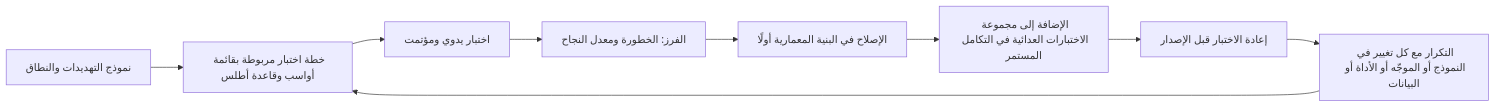
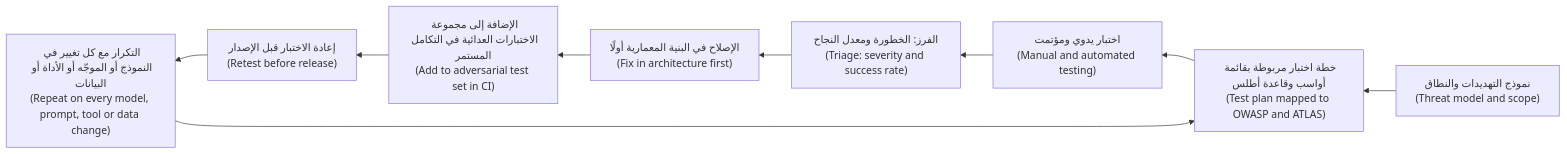
The fourth of 4 diagrams in secai/modules/09-ai-defence.ar.md (Tamoura/system-design-for-vibe-coders), drawn with Mermaid before and after one commit. The commit also changed other lines of this file and 11 other files, not shown here.

First line of the commit message:
Security course: Arabic modules 10–11 reviewed; RTL diagrams with English labels for modules 0–11

````diff
--- a/secai/modules/09-ai-defence.ar.md
+++ b/secai/modules/09-ai-defence.ar.md
@@ -791,11 +791,11 @@
 ```mermaid
-flowchart LR
-    A["نموذج التهديدات والنطاق"] --> B["خطة اختبار مربوطة بقائمة أواسب وقاعدة أطلس"]
-    B --> C["اختبار يدوي ومؤتمت"]
-    C --> D["الفرز: الخطورة ومعدل النجاح"]
-    D --> E["الإصلاح في البنية المعمارية أولًا"]
-    E --> F["الإضافة إلى مجموعة الاختبارات العدائية في التكامل المستمر"]
-    F --> G["إعادة الاختبار قبل الإصدار"]
-    G --> H["التكرار مع كل تغيير في النموذج أو الموجّه أو الأداة أو البيانات"]
+flowchart RL
+    A["نموذج التهديدات والنطاق<br/>(Threat model and scope)"] --> B["خطة اختبار مربوطة بقائمة أواسب وقاعدة أطلس<br/>(Test plan mapped to OWASP and ATLAS)"]
+    B --> C["اختبار يدوي ومؤتمت<br/>(Manual and automated testing)"]
+    C --> D["الفرز: الخطورة ومعدل النجاح<br/>(Triage: severity and success rate)"]
+    D --> E["الإصلاح في البنية المعمارية أولًا<br/>(Fix in architecture first)"]
+    E --> F["الإضافة إلى مجموعة الاختبارات العدائية في التكامل المستمر<br/>(Add to adversarial test set in CI)"]
+    F --> G["إعادة الاختبار قبل الإصدار<br/>(Retest before release)"]
+    G --> H["التكرار مع كل تغيير في النموذج أو الموجّه أو الأداة أو البيانات<br/>(Repeat on every model, prompt, tool or data change)"]
     H --> B
 ```
````
